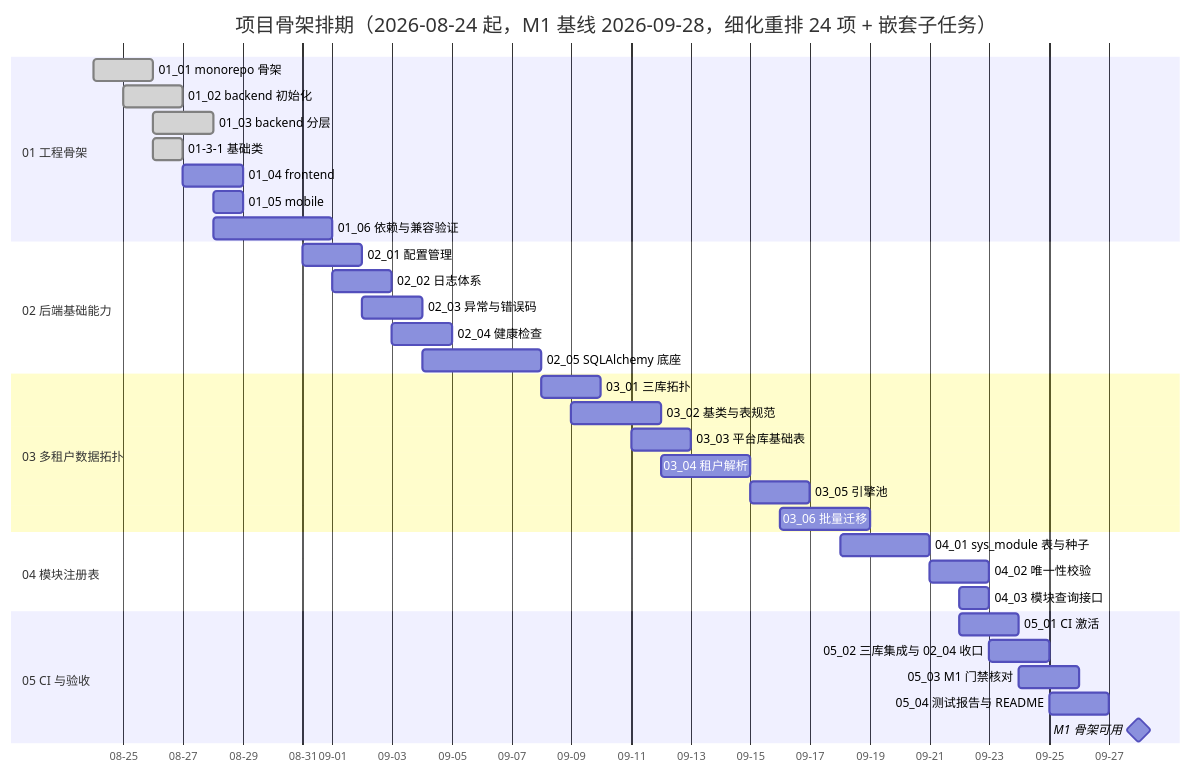
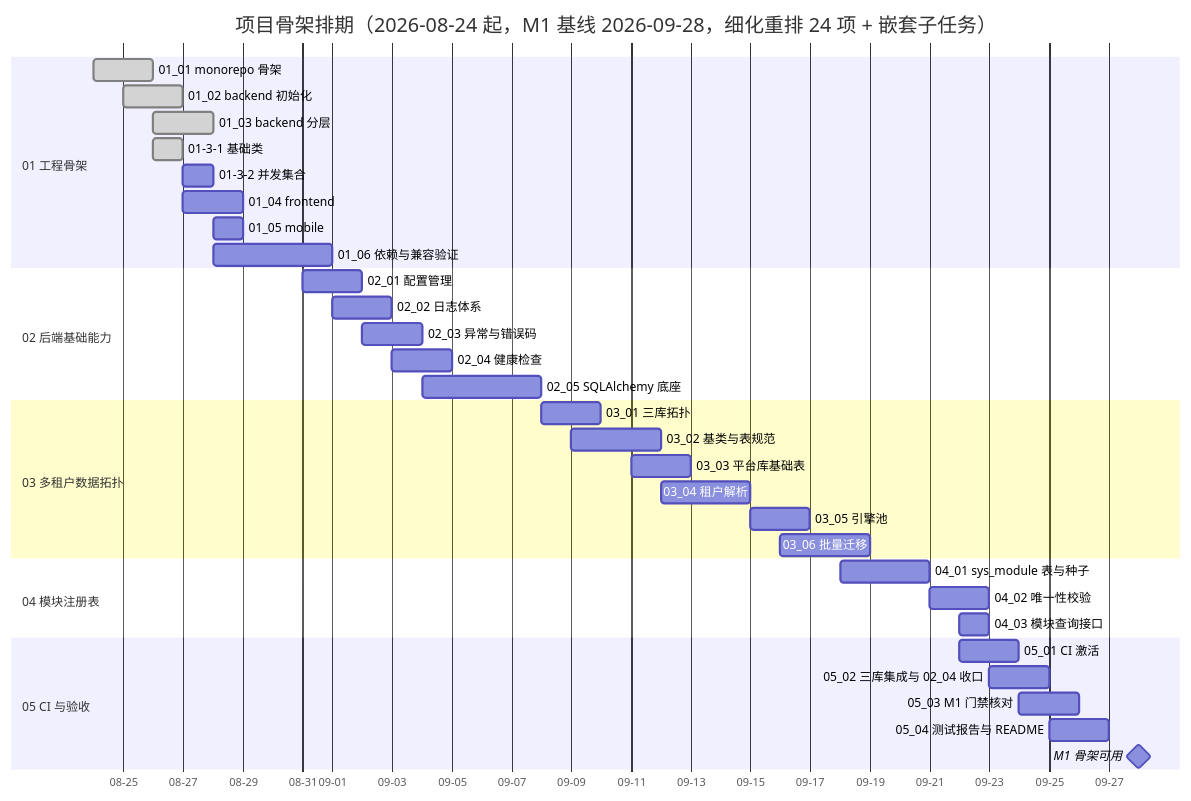
The diagram in bms文档/项目/01_项目骨架/计划/01_计划_项目骨架.md (minjian123/basic-management-system), drawn with Mermaid before and after one commit. The commit also changed other lines of this file and 6 other files, not shown here.

````diff
--- a/bms文档/项目/01_项目骨架/计划/01_计划_项目骨架.md
+++ b/bms文档/项目/01_项目骨架/计划/01_计划_项目骨架.md
@@ -59,37 +59,38 @@
 ```mermaid
 gantt
     title 项目骨架排期（2026-08-24 起，M1 基线 2026-09-28，细化重排 24 项 + 嵌套子任务）
     dateFormat YYYY-MM-DD
     axisFormat %m-%d
     section 01 工程骨架
     01_01 monorepo 骨架 :done, a11, 2026-08-24, 2d
     01_02 backend 初始化 :done, a12, 2026-08-25, 2d
     01_03 backend 分层 :done, a13, 2026-08-26, 2d
     01-3-1 基础类 :done, a131, 2026-08-26, 1d
+    01-3-2 并发集合 :a132, 2026-08-27, 1d
     01_04 frontend :a14, 2026-08-27, 2d
     01_05 mobile :a15, 2026-08-28, 1d
     01_06 依赖与兼容验证 :a16, 2026-08-28, 4d
     section 02 后端基础能力
     02_01 配置管理 :a21, 2026-08-31, 2d
     02_02 日志体系 :a22, 2026-09-01, 2d
     02_03 异常与错误码 :a23, 2026-09-02, 2d
     02_04 健康检查 :a24, 2026-09-03, 2d
     02_05 SQLAlchemy 底座 :a25, 2026-09-04, 4d
     section 03 多租户数据拓扑
     03_01 三库拓扑 :a31, 2026-09-08, 2d
     03_02 基类与表规范 :a32, 2026-09-09, 3d
     03_03 平台库基础表 :a33, 2026-09-11, 2d
     03_04 租户解析 :a34, 2026-09-12, 3d
     03_05 引擎池 :a35, 2026-09-15, 2d
     03_06 批量迁移 :a36, 2026-09-16, 3d
     section 04 模块注册表
     04_01 sys_module 表与种子 :a41, 2026-09-18, 3d
     04_02 唯一性校验 :a42, 2026-09-21, 2d
     04_03 模块查询接口 :a43, 2026-09-22, 1d
     section 05 CI 与验收
     05_01 CI 激活 :a51, 2026-09-22, 2d
     05_02 三库集成与 02_04 收口 :a52, 2026-09-23, 2d
     05_03 M1 门禁核对 :a53, 2026-09-24, 2d
     05_04 测试报告与 README :a54, 2026-09-25, 2d
     M1 骨架可用 :milestone, m1, 2026-09-28, 0d
 ```
````
